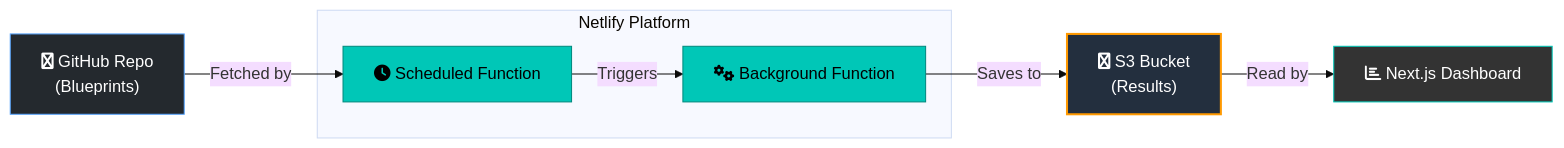
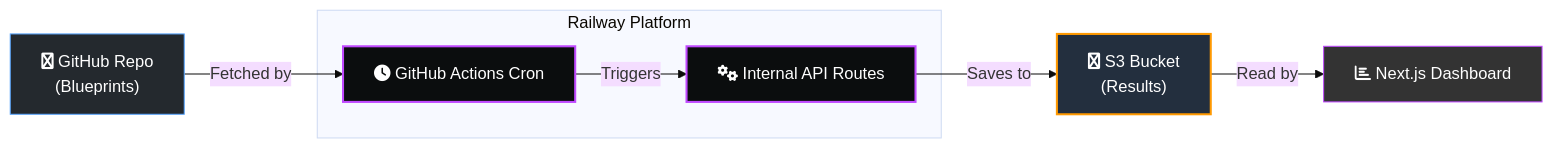
One commit to weval-org/app changed the diagram in README.md. Above: the diagram before and after it, drawn with Mermaid (base theme). The commit also changed other lines of this file and 54 other files, not shown here.

````diff
--- a/README.md
+++ b/README.md
@@ -646,23 +646,23 @@
 ```mermaid
 graph LR;
     %% Define styles for better visual appeal
     classDef github fill:#24292e,stroke:#58a6ff,stroke-width:1px,color:#fff;
-    classDef netlify fill:#00c7b7,stroke:#008a7e,stroke-width:1px,color:#000;
+    classDef railway fill:#0B0D0E,stroke:#C049FF,stroke-width:2px,color:#fff;
     classDef aws fill:#232f3e,stroke:#ff9900,stroke-width:2px,color:#fff;
-    classDef webapp fill:#333,stroke:#00c7b7,stroke-width:1px,color:#fff;
+    classDef webapp fill:#333,stroke:#C049FF,stroke-width:1px,color:#fff;
 
     A["fa:fa-github GitHub Repo<br/>(Blueprints)"]:::github;
-    
-    subgraph Netlify Platform
-        B["fa:fa-clock Scheduled Function"]:::netlify;
-        C["fa:fa-cogs Background Function"]:::netlify;
+
+    subgraph Railway Platform
+        B["fa:fa-clock GitHub Actions Cron"]:::railway;
+        C["fa:fa-cogs Internal API Routes"]:::railway;
         B -- Triggers --> C;
     end
 
     D["fa:fa-aws S3 Bucket<br/>(Results)"]:::aws;
     E["fa:fa-chart-bar Next.js Dashboard"]:::webapp;
 
     A -- Fetched by --> B;
     C -- Saves to --> D;
     D -- Read by --> E;
 ```
````
